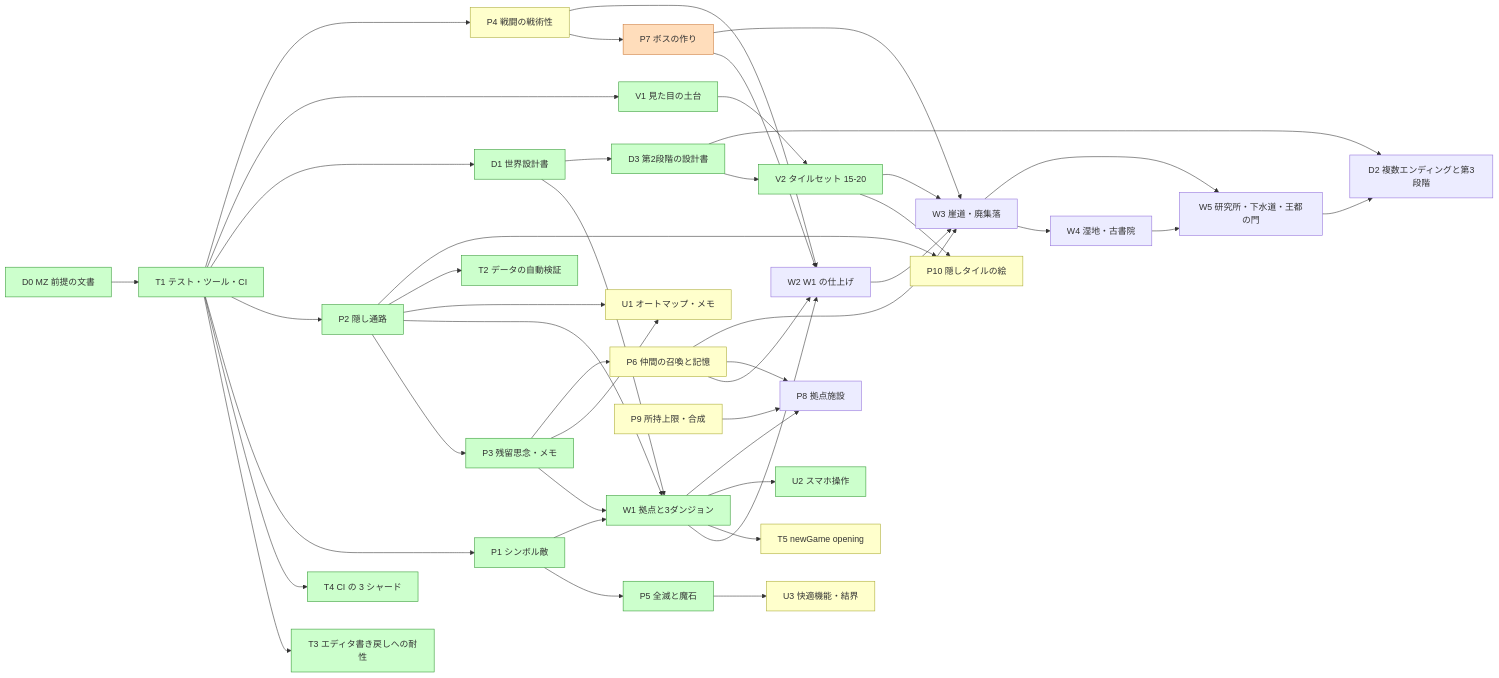
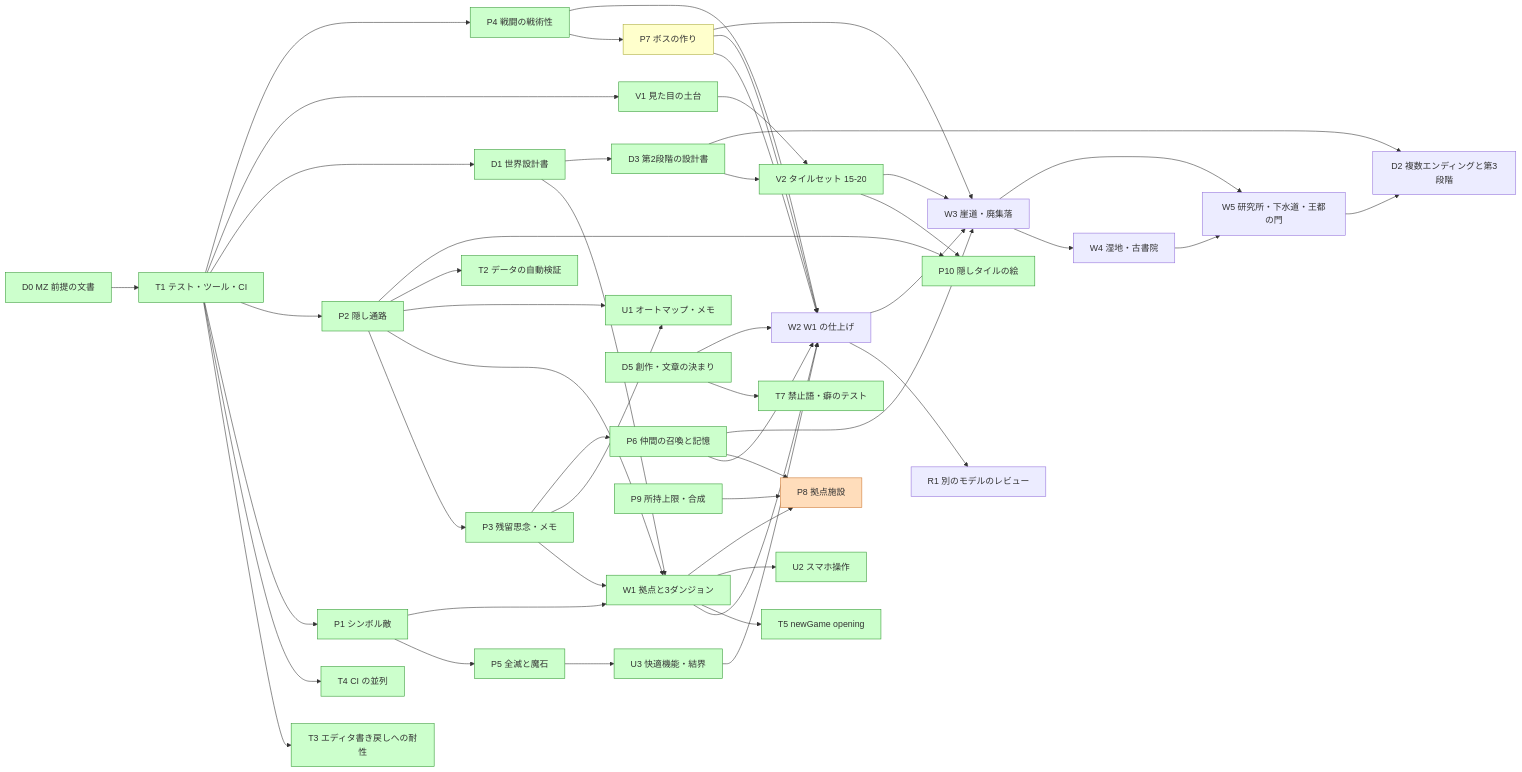
The diagram in docs/ROADMAP.md (nakaba9696/-RPG), drawn with Mermaid before and after one commit. The commit also changed other lines of this file, not shown here.

First line of the commit message:
D6: ROADMAP を今の状態に合わせる（D4 以降のマージ・新しい項目・割り当て表・決定待ち）

````diff
--- a/docs/ROADMAP.md
+++ b/docs/ROADMAP.md
@@ -198,52 +214,57 @@
 ```mermaid
 graph LR
   D0[D0 MZ 前提の文書] --> T1[T1 テスト・ツール・CI]
   T1 --> T3[T3 エディタ書き戻しへの耐性]
-  T1 --> T4[T4 CI の 3 シャード]
+  T1 --> T4[T4 CI の並列]
   T1 --> P1[P1 シンボル敵]
   T1 --> P2[P2 隠し通路]
   T1 --> D1[D1 世界設計書]
   T1 --> V1[V1 見た目の土台]
   P2 --> P3[P3 残留思念・メモ]
   T1 --> P4[P4 戦闘の戦術性]
   P1 --> P5[P5 全滅と魔石]
   D1 --> W1[W1 拠点と3ダンジョン]
   P1 --> W1
   P2 --> W1
   P3 --> W1
   P2 --> U1[U1 オートマップ・メモ]
   P3 --> U1
   P2 --> T2[T2 データの自動検証]
   P3 --> P6[P6 仲間の召喚と記憶]
   P4 --> P7[P7 ボスの作り]
   W1 --> W2[W2 W1 の仕上げ]
   P4 --> W2
   P6 --> W2
   P7 --> W2
   W1 --> T5[T5 newGame opening]
   W1 --> U2[U2 スマホ操作]
   D1 --> D3[D3 第2段階の設計書]
   V1 --> V2[V2 タイルセット 15-20]
   D3 --> V2
+  D5[D5 創作・文章の決まり] --> T7[T7 禁止語・癖のテスト]
   P2 --> P10[P10 隠しタイルの絵]
   V2 --> P10
   P5 --> U3[U3 快適機能・結界]
   P6 --> P8[P8 拠点施設]
   P9[P9 所持上限・合成] --> P8
   W1 --> P8
+  P7 --> W2
+  U3 --> W2
+  D5 --> W2
+  W2 --> R1[R1 別のモデルのレビュー]
   W2 --> W3[W3 崖道・廃集落]
   P6 --> W3
   P7 --> W3
   V2 --> W3
   W3 --> W4[W4 湿地・古書院]
   W3 --> W5[W5 研究所・下水道・王都の門]
   W4 --> W5
   D3 --> D2[D2 複数エンディングと第3段階]
   W5 --> D2
   classDef done fill:#cfc,stroke:#393
   classDef wait fill:#ffc,stroke:#aa3
   classDef doing fill:#fdb,stroke:#c73
-  class D0,T1,T3,T4,P1,P2,D1,V1,P3,P5,T2,W1,U2,D3,V2 done
-  class P4,U1,P6,U3,P9,P10,T5 wait
-  class P7 doing
+  class D0,T1,T3,T4,P1,P2,D1,V1,P3,P5,T2,W1,U2,D3,V2,P4,U1,P6,U3,P9,P10,T5,D5,T7 done
+  class P7 wait
+  class P8 doing
 ```
````
